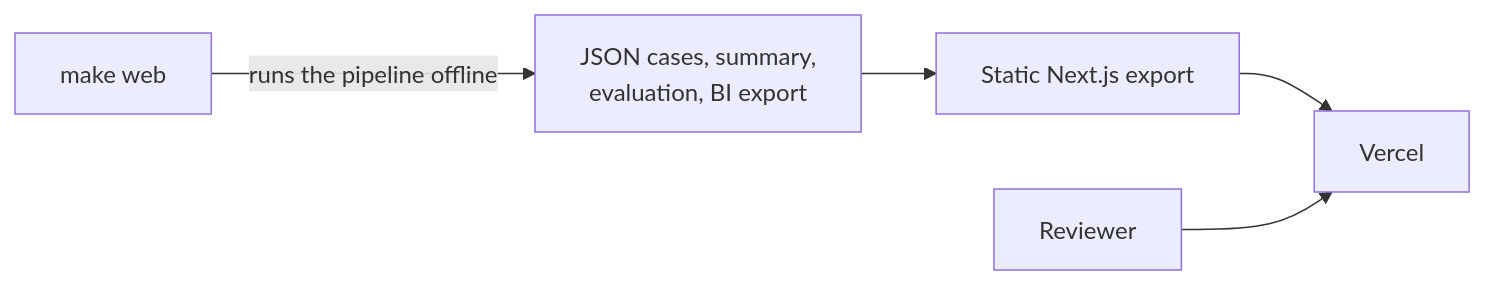
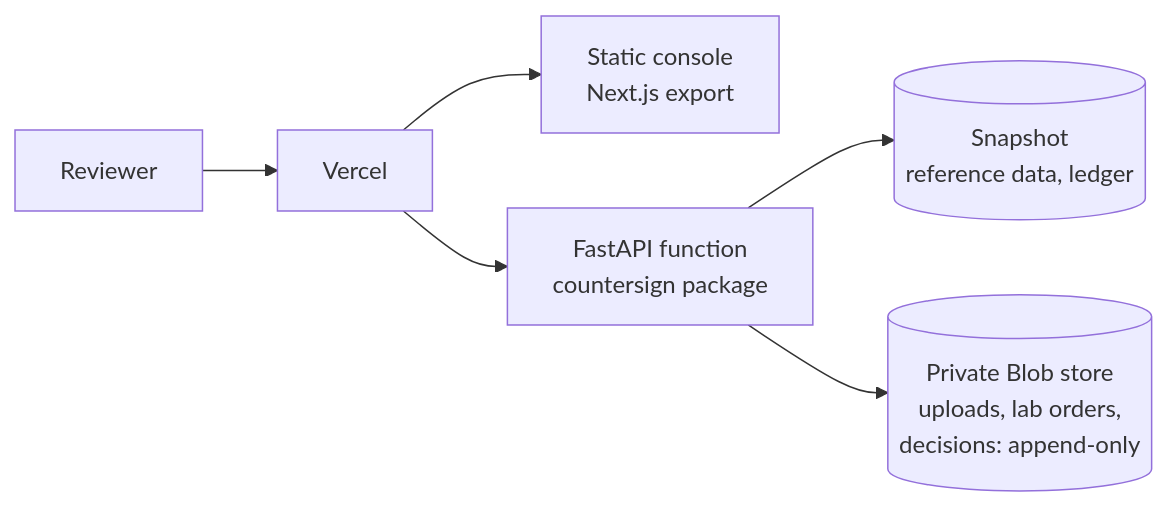
The fourth of 4 diagrams in docs/architecture.md (Niloy-Bhuiyan/countersign), drawn with Mermaid before and after one commit. The commit also changed other lines of this file, not shown here.

Commit message:
describe the deployed api and its storage

````diff
--- a/docs/architecture.md
+++ b/docs/architecture.md
@@ -192,7 +197,8 @@
 ```mermaid
 flowchart LR
-    B["make web"] -->|runs the pipeline offline| J["JSON cases, summary,<br/>evaluation, BI export"]
-    J --> S["Static Next.js export"]
-    S --> V["Vercel"]
-    U["Reviewer"] --> V
+    U["Reviewer"] --> V["Vercel"]
+    V --> S["Static console<br/>Next.js export"]
+    V --> F["FastAPI function<br/>countersign package"]
+    F --> SN[("Snapshot<br/>reference data, ledger")]
+    F --> B[("Private Blob store<br/>uploads, lab orders,<br/>decisions: append-only")]
 ```
````
